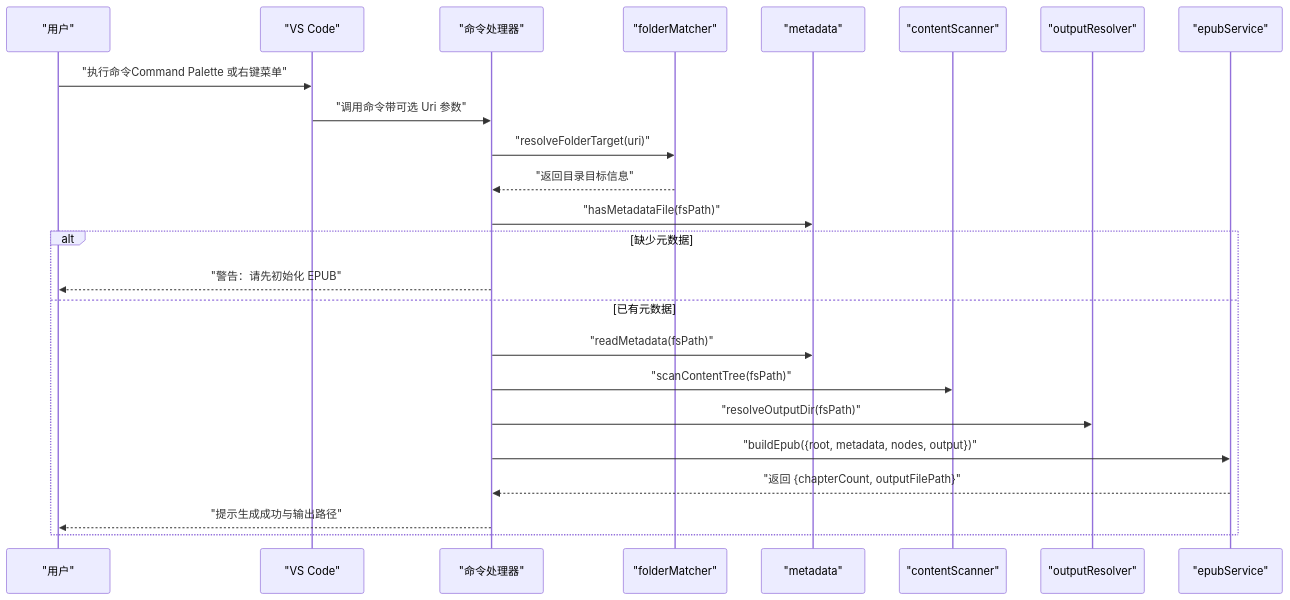
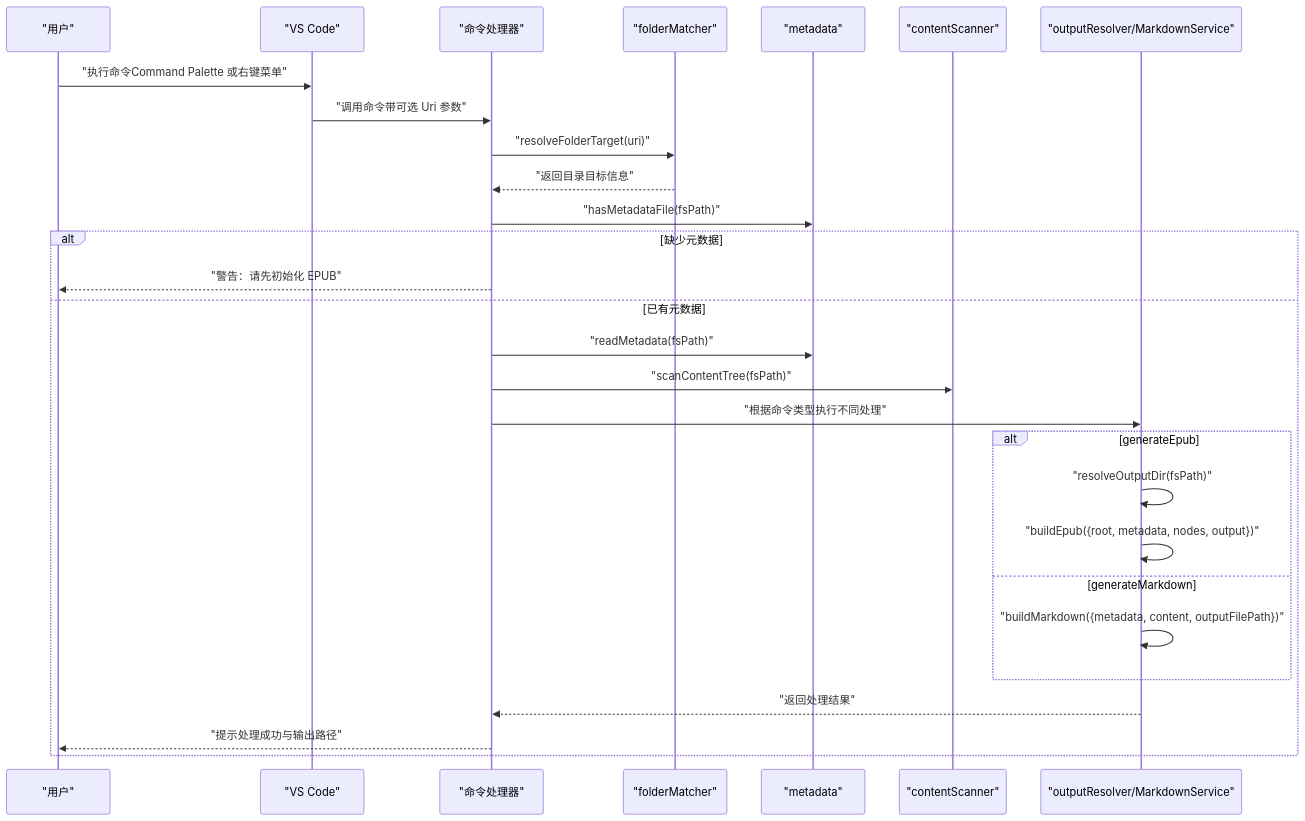
One commit to someok/vscode-folder2epub changed the second of 8 diagrams in .qoder/repowiki/zh/content/API 参考文档/命令 API.md. Above: the diagram before and after it, drawn with Mermaid. The commit also changed other lines of this file and 4 other files, not shown here.

````diff
--- a/.qoder/repowiki/zh/content/API 参考文档/命令 API.md
+++ b/.qoder/repowiki/zh/content/API 参考文档/命令 API.md
@@ -115,26 +139,30 @@
 ```mermaid
 sequenceDiagram
 participant U as "用户"
 participant VS as "VS Code"
 participant C as "命令处理器"
 participant S1 as "folderMatcher"
 participant S2 as "metadata"
 participant S3 as "contentScanner"
-participant S4 as "outputResolver"
-participant S5 as "epubService"
+participant S4 as "outputResolver/MarkdownService"
 U->>VS : "执行命令Command Palette 或右键菜单"
 VS->>C : "调用命令带可选 Uri 参数"
 C->>S1 : "resolveFolderTarget(uri)"
 S1-->>C : "返回目录目标信息"
 C->>S2 : "hasMetadataFile(fsPath)"
 alt 缺少元数据
 C-->>U : "警告：请先初始化 EPUB"
 else 已有元数据
 C->>S2 : "readMetadata(fsPath)"
 C->>S3 : "scanContentTree(fsPath)"
-C->>S4 : "resolveOutputDir(fsPath)"
-C->>S5 : "buildEpub({root, metadata, nodes, output})"
-S5-->>C : "返回 {chapterCount, outputFilePath}"
-C-->>U : "提示生成成功与输出路径"
+C->>S4 : "根据命令类型执行不同处理"
+alt generateEpub
+S4->>S4 : "resolveOutputDir(fsPath)"
+S4->>S4 : "buildEpub({root, metadata, nodes, output})"
+else generateMarkdown
+S4->>S4 : "buildMarkdown({metadata, content, outputFilePath})"
+end
+S4-->>C : "返回处理结果"
+C-->>U : "提示处理成功与输出路径"
 end
 ```
````
